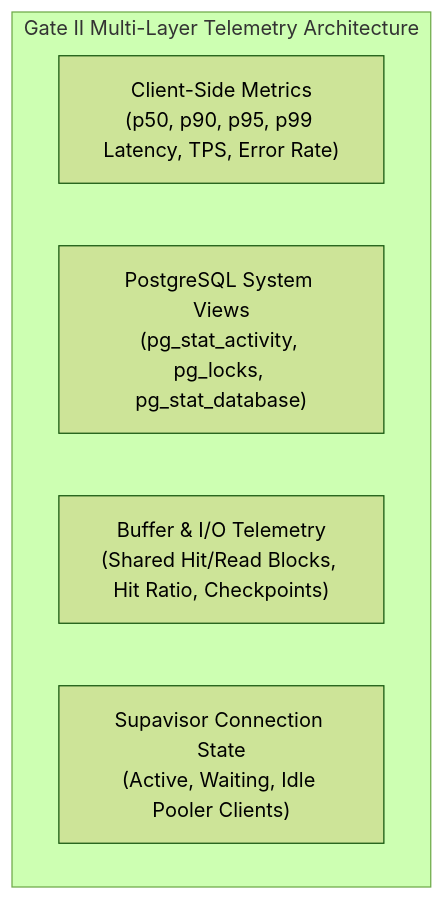
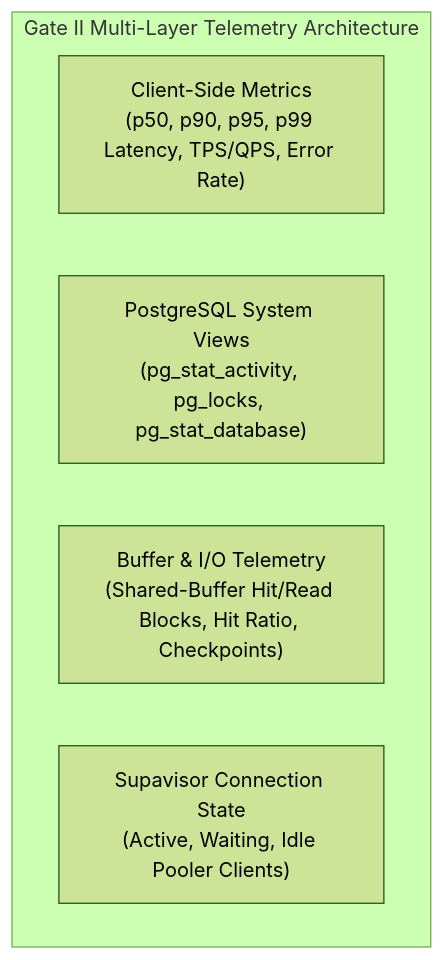
Before and after one commit to B055OB/boontrack-core: the fourth of 4 diagrams in docs/benchmarks/GATE_II_CONCURRENCY_AND_INDEX_PLAN.md, drawn with Mermaid (forest theme). The commit also changed other lines of this file and 2 other files, not shown here.

````diff
--- a/docs/benchmarks/GATE_II_CONCURRENCY_AND_INDEX_PLAN.md
+++ b/docs/benchmarks/GATE_II_CONCURRENCY_AND_INDEX_PLAN.md
@@ -162,9 +178,9 @@
 ```mermaid
 flowchart TD
     subgraph Telemetry_Pipeline["Gate II Multi-Layer Telemetry Architecture"]
-        M1["Client-Side Metrics<br/>(p50, p90, p95, p99 Latency, TPS, Error Rate)"]
+        M1["Client-Side Metrics<br/>(p50, p90, p95, p99 Latency, TPS/QPS, Error Rate)"]
         M2["PostgreSQL System Views<br/>(pg_stat_activity, pg_locks, pg_stat_database)"]
-        M3["Buffer & I/O Telemetry<br/>(Shared Hit/Read Blocks, Hit Ratio, Checkpoints)"]
+        M3["Buffer & I/O Telemetry<br/>(Shared-Buffer Hit/Read Blocks, Hit Ratio, Checkpoints)"]
         M4["Supavisor Connection State<br/>(Active, Waiting, Idle Pooler Clients)"]
     end
 ```
````
